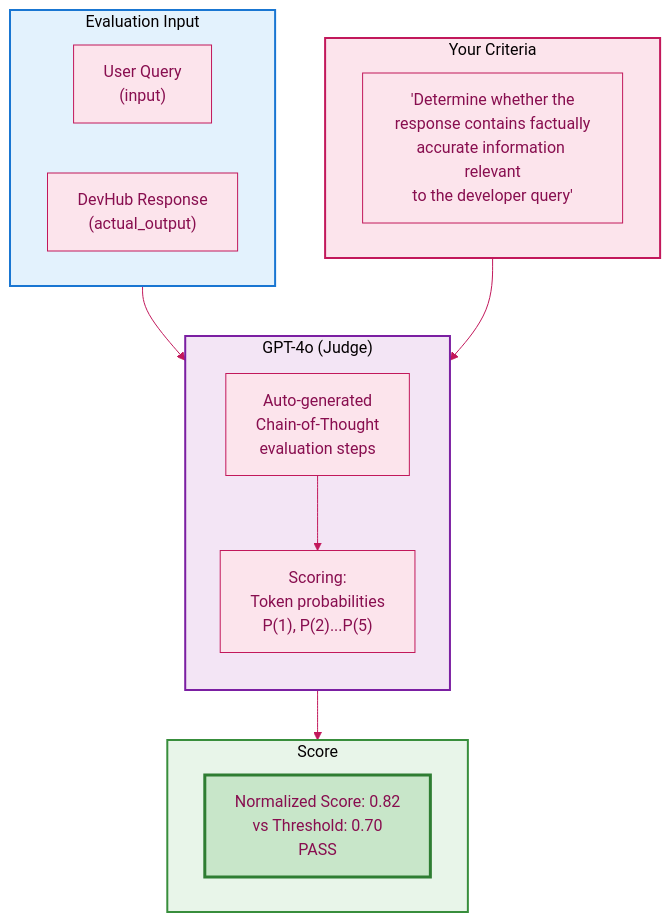
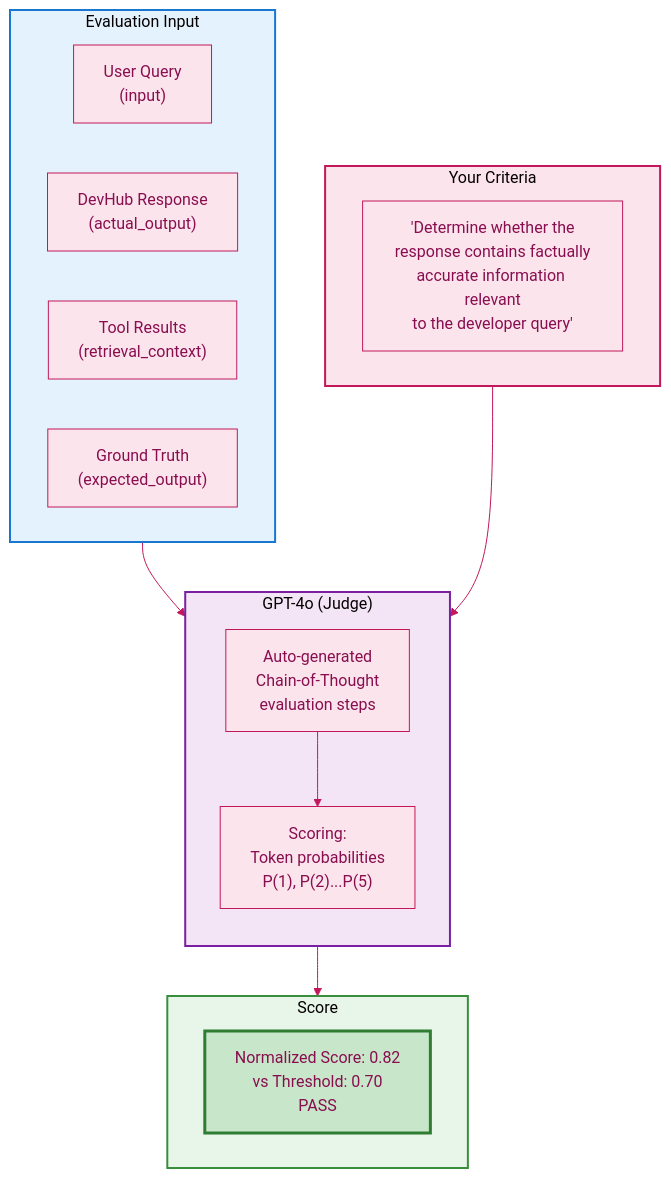
Before and after one commit to axel-sirota/salesforce-ai-workshops: the diagram in exercises/session_06/charts/02_geval_pipeline.mmd, drawn with Mermaid. The commit also changed 3 other files, not shown here.

First line of the commit message:
fix: Add retrieval_context and expected_output to Session 6 G-Eval test cases

```diff
--- a/exercises/session_06/charts/02_geval_pipeline.mmd
+++ b/exercises/session_06/charts/02_geval_pipeline.mmd
@@ -1,32 +1,34 @@
 %%{init: {'theme': 'base', 'themeVariables': { 'primaryColor': '#fce4ec', 'primaryTextColor': '#880e4f', 'primaryBorderColor': '#c2185b', 'lineColor': '#c2185b'}}}%%
 flowchart TB
     subgraph Input["Evaluation Input"]
         direction LR
         I1["User Query<br/>(input)"]
         I2["DevHub Response<br/>(actual_output)"]
+        I3["Tool Results<br/>(retrieval_context)"]
+        I4["Ground Truth<br/>(expected_output)"]
     end
 
     subgraph Criteria["Your Criteria"]
         C1["'Determine whether the<br/>response contains factually<br/>accurate information relevant<br/>to the developer query'"]
     end
 
     subgraph Judge["GPT-4o (Judge)"]
         direction TB
         COT["Auto-generated<br/>Chain-of-Thought<br/>evaluation steps"]
         SCORE["Scoring:<br/>Token probabilities<br/>P(1), P(2)...P(5)"]
         COT --> SCORE
     end
 
     subgraph Output["Score"]
         RESULT["Normalized Score: 0.82<br/>vs Threshold: 0.70<br/>PASS"]
     end
 
     Input --> Judge
     Criteria --> Judge
     Judge --> Output
 
     style Input fill:#e3f2fd,stroke:#1976d2,stroke-width:2px
     style Criteria fill:#fce4ec,stroke:#c2185b,stroke-width:2px
     style Judge fill:#f3e5f5,stroke:#7b1fa2,stroke-width:2px
     style Output fill:#e8f5e9,stroke:#388e3c,stroke-width:2px
     style RESULT fill:#c8e6c9,stroke:#2e7d32,stroke-width:3px
```
